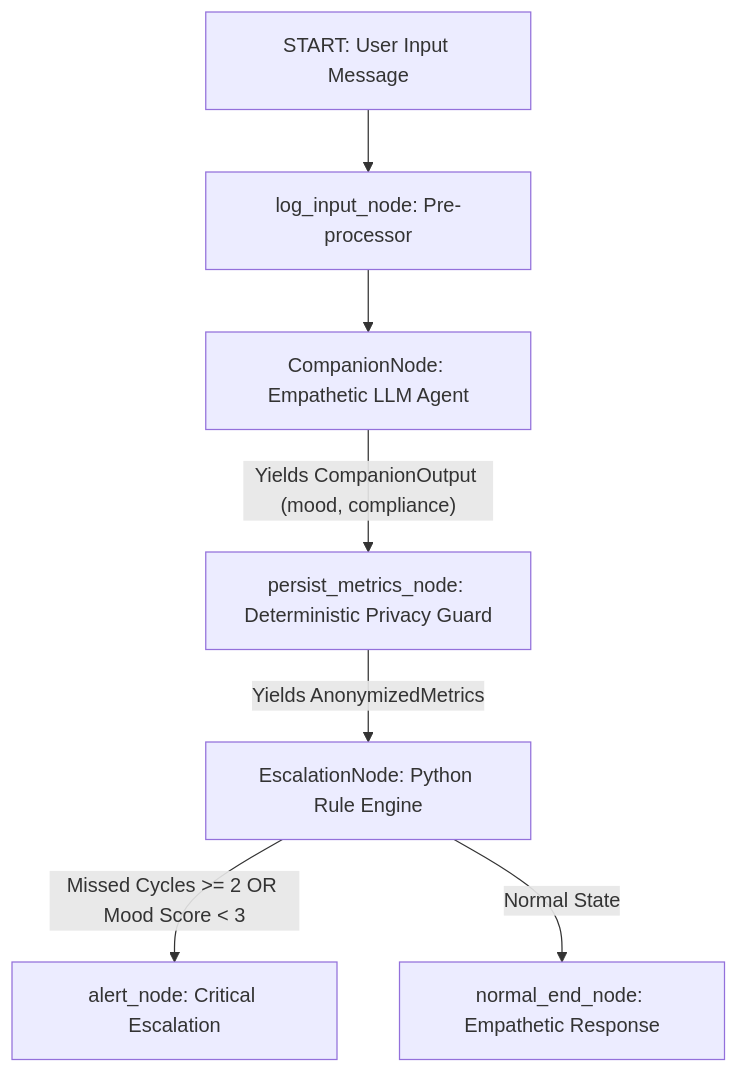
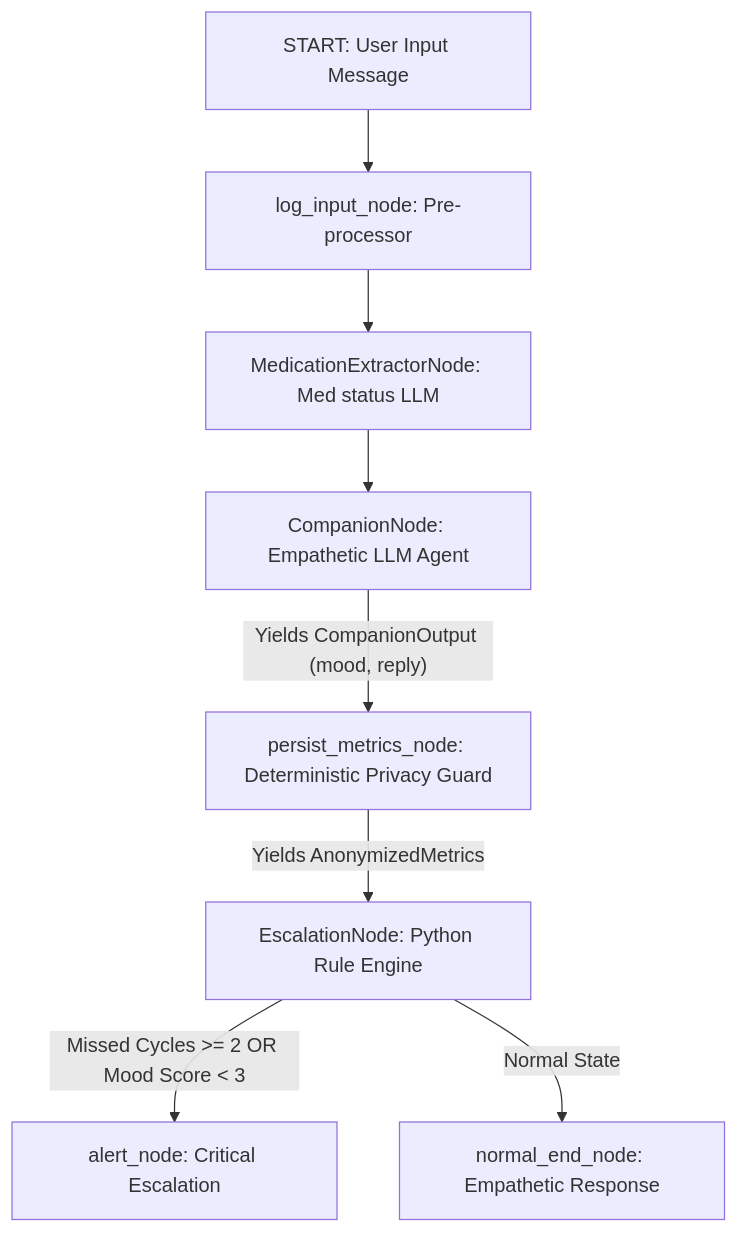
The diagram in README.md (agopalareddy/wellness-companion), drawn with Mermaid before and after one commit. The commit also changed other lines of this file and 6 other files, not shown here.

First line of the commit message:
fix(graph): reliable per-med updates via dedicated extractor

````diff
--- a/README.md
+++ b/README.md
@@ -11,10 +11,11 @@
 ```mermaid
 graph TD
     START[START: User Input Message] --> log_input_node[log_input_node: Pre-processor]
-    log_input_node --> CompanionNode[CompanionNode: Empathetic LLM Agent]
-    CompanionNode -- "Yields CompanionOutput (mood, compliance)" --> persist_metrics_node[persist_metrics_node: Deterministic Privacy Guard]
+    log_input_node --> MedicationExtractorNode[MedicationExtractorNode: Med status LLM]
+    MedicationExtractorNode --> CompanionNode[CompanionNode: Empathetic LLM Agent]
+    CompanionNode -- "Yields CompanionOutput (mood, reply)" --> persist_metrics_node[persist_metrics_node: Deterministic Privacy Guard]
     persist_metrics_node -- "Yields AnonymizedMetrics" --> EscalationNode[EscalationNode: Python Rule Engine]
     
     EscalationNode -- "Missed Cycles >= 2 OR Mood Score < 3" --> alert_node[alert_node: Critical Escalation]
     EscalationNode -- "Normal State" --> normal_end_node[normal_end_node: Empathetic Response]
 ```
````
